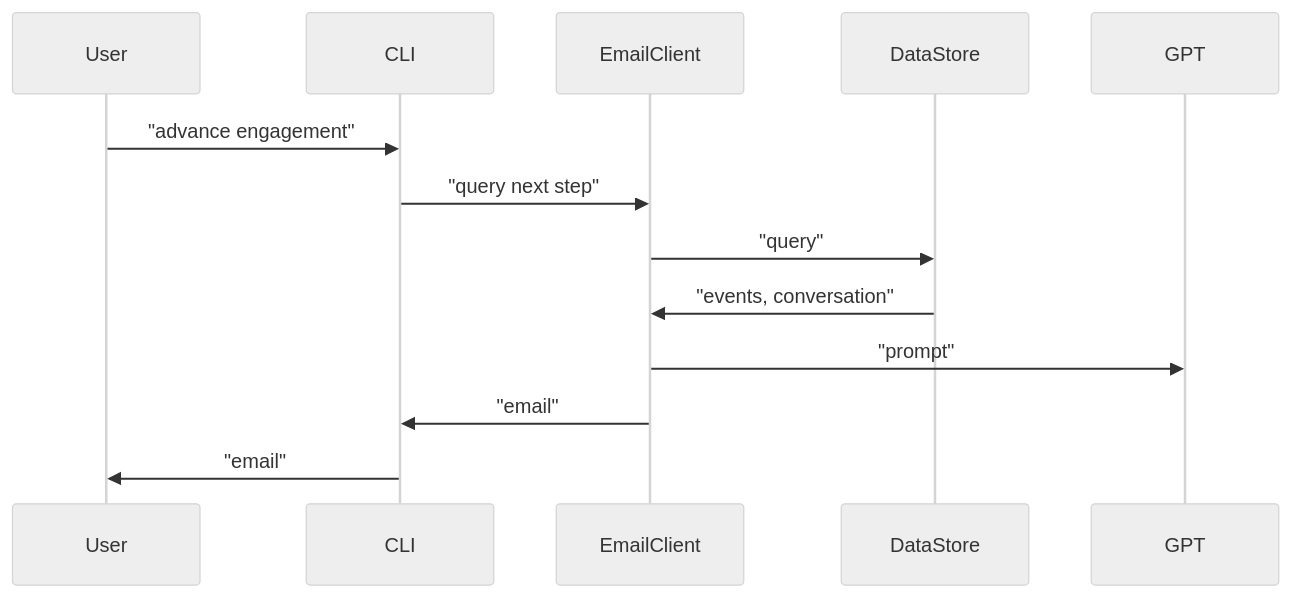
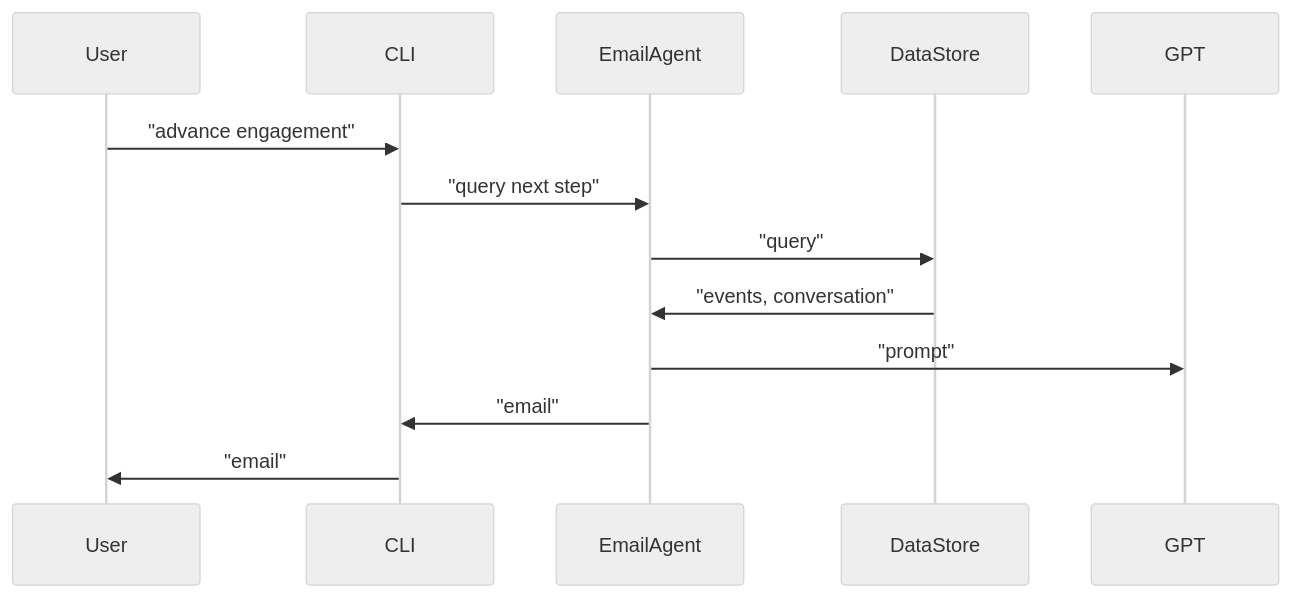
One commit to alexpotashnik/email-agent changed the third of 3 diagrams in README.md. Above: the diagram before and after it, drawn with Mermaid (neutral theme). The commit also changed other lines of this file, not shown here.

````diff
--- a/README.md
+++ b/README.md
@@ -84,17 +84,17 @@
 ```mermaid
 sequenceDiagram 
   participant User
   participant CLI
-  participant EmailClient
+  participant EmailAgent
   participant DataStore
   participant GPT
 
   User->>CLI: "advance engagement"
-  CLI->>EmailClient: "query next step"
-  EmailClient->>DataStore: "query"
-  DataStore->>EmailClient: "events, conversation"
-  EmailClient->>GPT: "prompt"
-  EmailClient->>CLI: "email"
+  CLI->>EmailAgent: "query next step"
+  EmailAgent->>DataStore: "query"
+  DataStore->>EmailAgent: "events, conversation"
+  EmailAgent->>GPT: "prompt"
+  EmailAgent->>CLI: "email"
   CLI->>User: "email"
 
 ```
````
